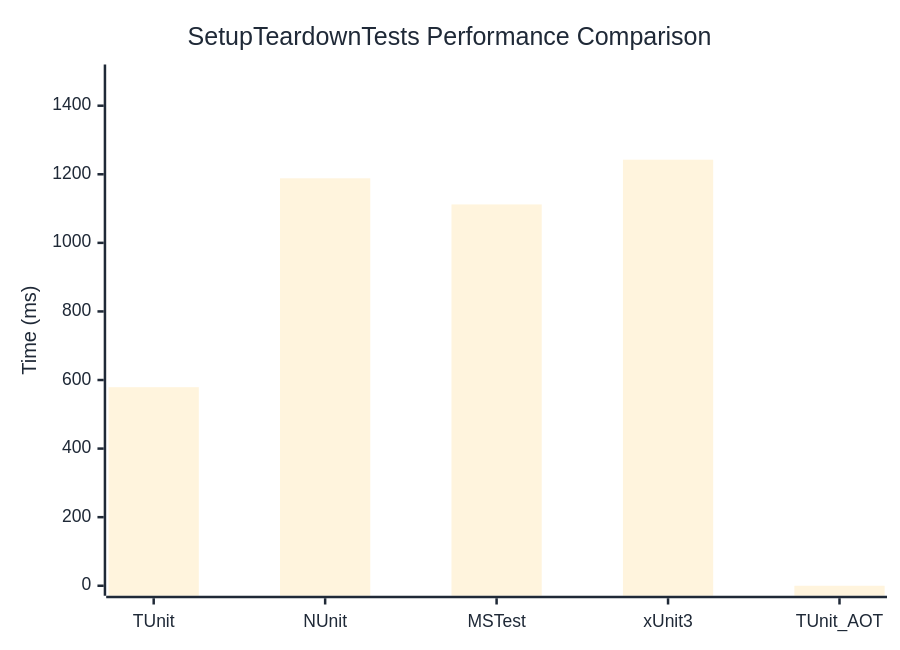
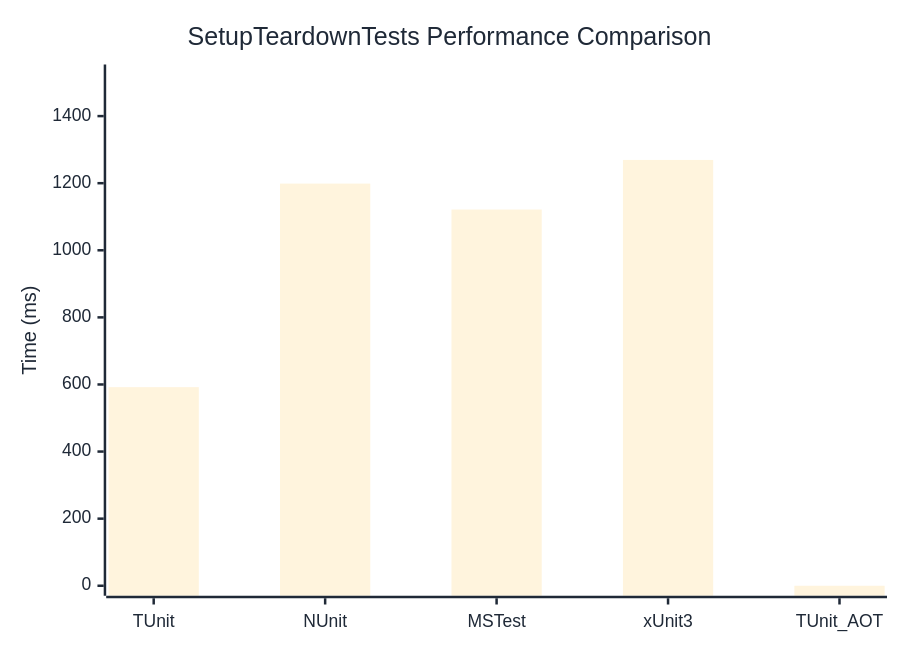
Before and after one commit to thomhurst/TUnit: the diagram in docs/docs/benchmarks/SetupTeardownTests.md, drawn with Mermaid. The commit also changed other lines of this file and 17 other files, not shown here.

````diff
--- a/docs/docs/benchmarks/SetupTeardownTests.md
+++ b/docs/docs/benchmarks/SetupTeardownTests.md
@@ -27,37 +27,37 @@
 ```mermaid
 %%{init: {
   'theme':'base',
   'themeVariables': {
     'primaryColor': '#2563eb',
     'primaryTextColor': '#1f2937',
     'primaryBorderColor': '#1e40af',
     'lineColor': '#6b7280',
     'secondaryColor': '#7c3aed',
     'tertiaryColor': '#dc2626',
     'background': '#ffffff',
     'mainBkg': '#2563eb',
     'secondBkg': '#7c3aed',
     'tertiaryBkg': '#dc2626',
     'clusterBkg': '#f3f4f6',
     'edgeLabelBackground': '#ffffff',
     'tertiaryTextColor': '#1f2937',
     'pie1': '#2563eb',
     'pie2': '#7c3aed',
     'pie3': '#dc2626',
     'pie4': '#f59e0b',
     'pie5': '#10b981',
     'pie6': '#06b6d4',
     'pie7': '#ec4899',
     'pie8': '#6366f1',
     'pie9': '#84cc16',
     'pie10': '#f97316',
     'pie11': '#14b8a6',
     'pie12': '#a855f7'
   }
 }}%%
 xychart-beta
   title "SetupTeardownTests Performance Comparison"
   x-axis ["TUnit", "NUnit", "MSTest", "xUnit3", "TUnit_AOT"]
-  y-axis "Time (ms)" 0 --> 1491
-  bar [579.1, 1188.3, 1112.1, 1242.5, 0]
+  y-axis "Time (ms)" 0 --> 1524
+  bar [592, 1198.8, 1121.5, 1269.3, 0]
 ```
````
